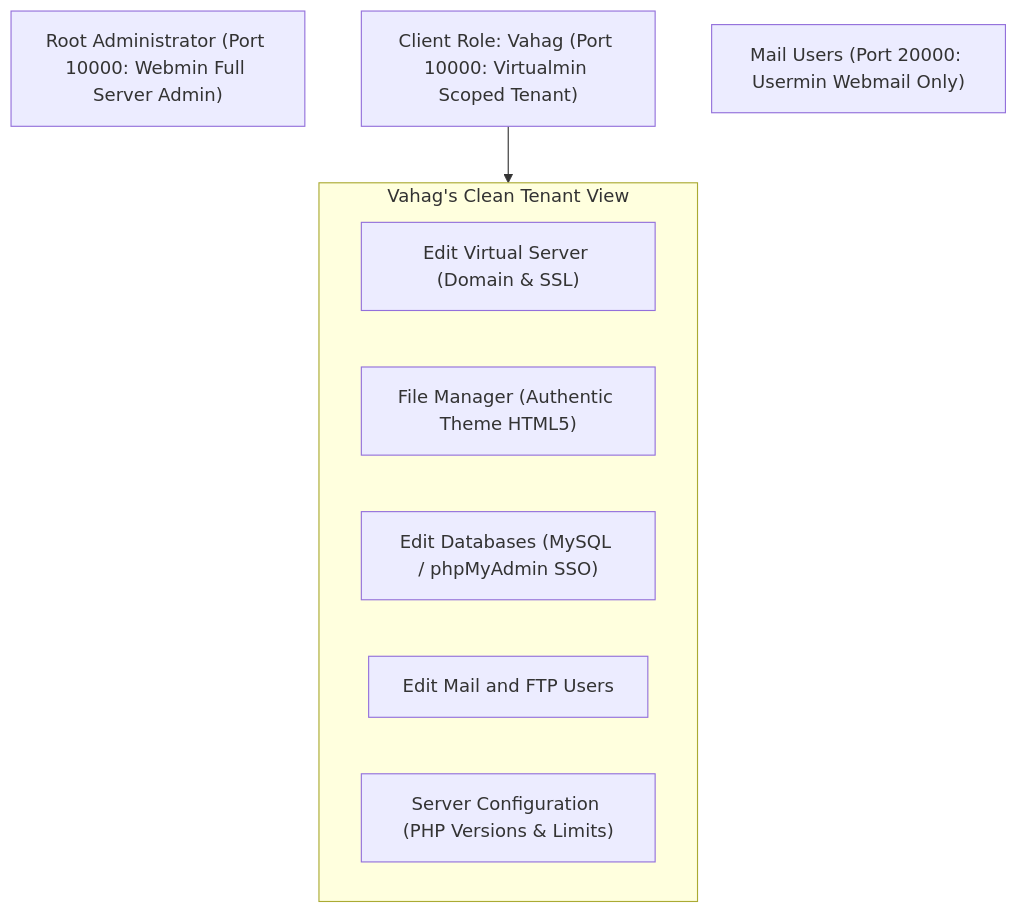
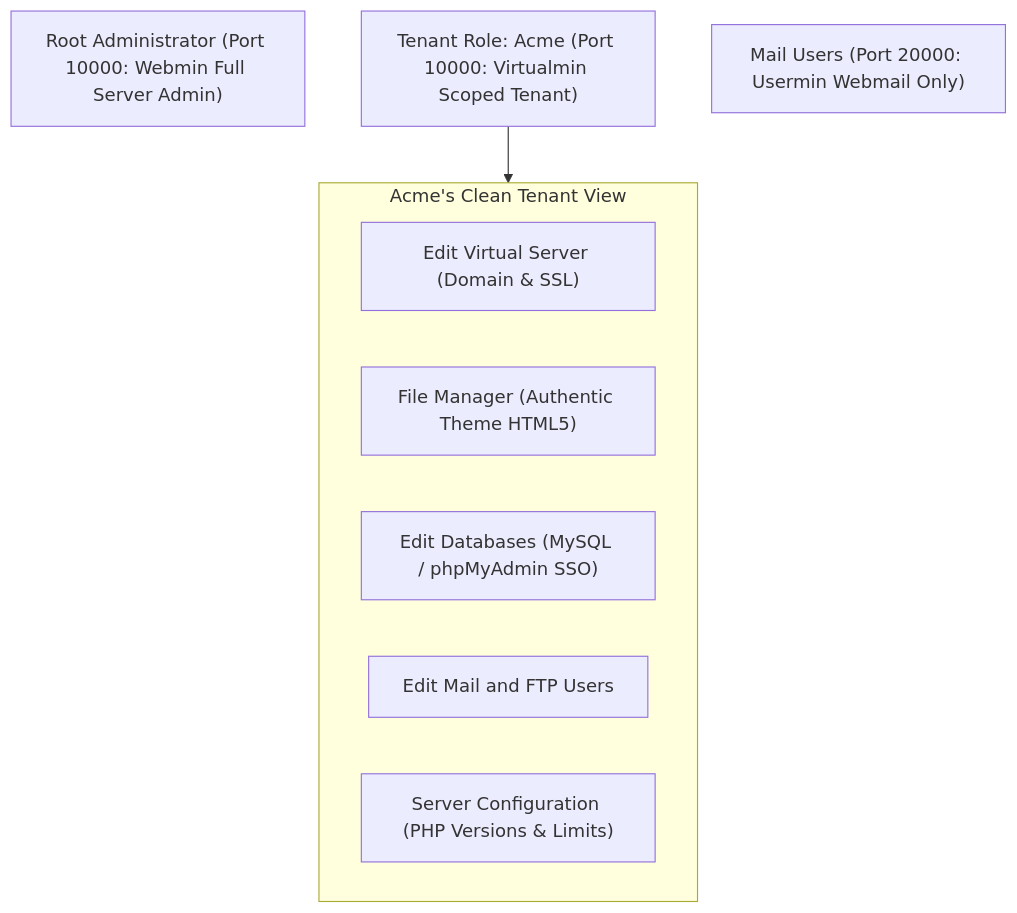
Before and after one commit to rbaindourov/cpanel-clean-room: the diagram in docs/05-webmin-virtualmin-migration-and-customization-playbook.md, drawn with Mermaid. The commit also changed other lines of this file and 80 other files, not shown here.

````diff
--- a/docs/05-webmin-virtualmin-migration-and-customization-playbook.md
+++ b/docs/05-webmin-virtualmin-migration-and-customization-playbook.md
@@ -111,16 +111,16 @@
 ```mermaid
 graph TD
     ROOT["Root Administrator (Port 10000: Webmin Full Server Admin)"]
-    CLIENT["Client Role: Vahag (Port 10000: Virtualmin Scoped Tenant)"]
+    CLIENT["Tenant Role: Acme (Port 10000: Virtualmin Scoped Tenant)"]
     MAIL_USER["Mail Users (Port 20000: Usermin Webmail Only)"]
 
-    subgraph TenantView["Vahag's Clean Tenant View"]
+    subgraph TenantView["Acme's Clean Tenant View"]
         D1["Edit Virtual Server (Domain & SSL)"]
         D2["File Manager (Authentic Theme HTML5)"]
         D3["Edit Databases (MySQL / phpMyAdmin SSO)"]
         D4["Edit Mail and FTP Users"]
         D5["Server Configuration (PHP Versions & Limits)"]
     end
 
     CLIENT --> TenantView
 ```
````
